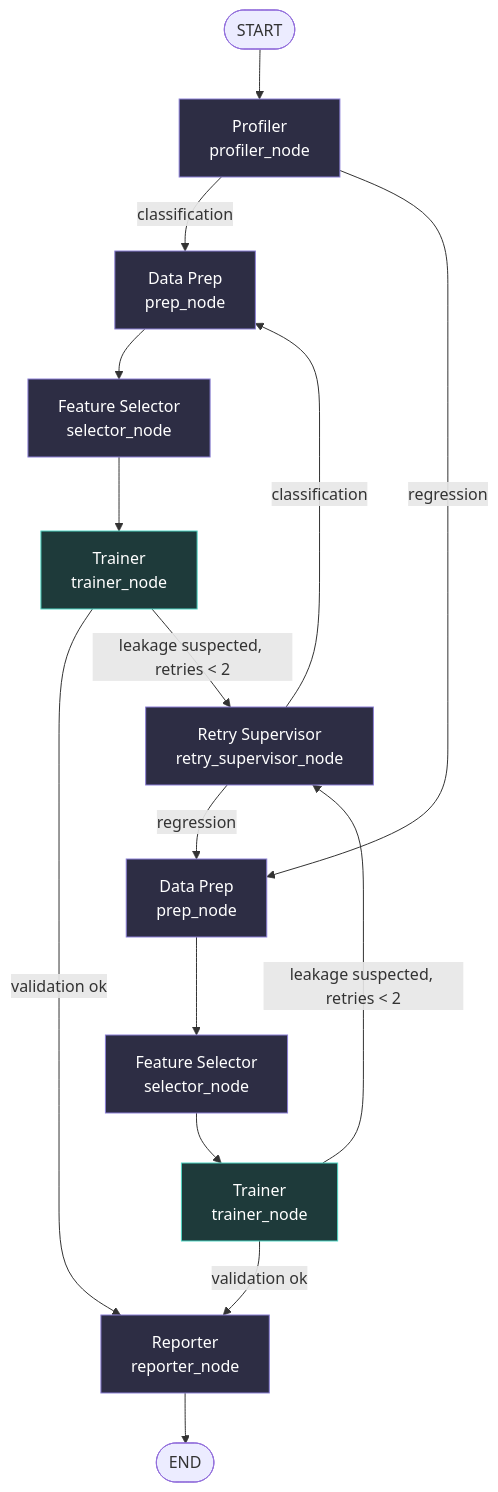
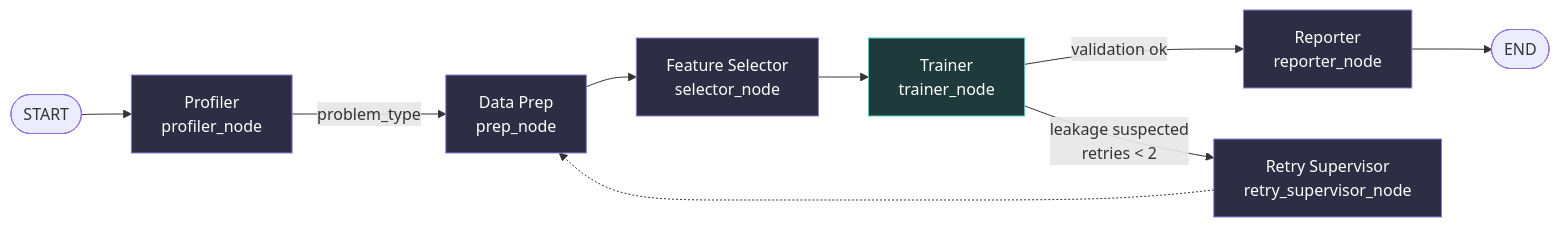
One commit to shivansh-magnus/nimbus changed the diagram in README.md. Above: the diagram before and after it, drawn with Mermaid. The commit also changed other lines of this file, not shown here.

Commit message:
Revise pipeline graph and clarify node relationshipsin in readme.md
Updated pipeline graph to reflect changes in node structure and clarified the relationship between classification and regression branches. - in readme.md

````diff
--- a/README.md
+++ b/README.md
@@ -73,22 +73,16 @@
 ```mermaid
-flowchart TD
+flowchart LR
     START([START]) --> P["Profiler<br/>profiler_node"]
-    P -- classification --> CP["Data Prep<br/>prep_node"]
-    P -- regression --> RP["Data Prep<br/>prep_node"]
-    CP --> CS["Feature Selector<br/>selector_node"]
-    RP --> RS["Feature Selector<br/>selector_node"]
-    CS --> CT["Trainer<br/>trainer_node"]
-    RS --> RT["Trainer<br/>trainer_node"]
-    CT -- validation ok --> REP["Reporter<br/>reporter_node"]
-    RT -- validation ok --> REP
-    CT -- "leakage suspected, retries < 2" --> SUP["Retry Supervisor<br/>retry_supervisor_node"]
-    RT -- "leakage suspected, retries < 2" --> SUP
-    SUP -- classification --> CP
-    SUP -- regression --> RP
+    P -- "problem_type" --> DP["Data Prep<br/>prep_node"]
+    DP --> FS["Feature Selector<br/>selector_node"]
+    FS --> TR["Trainer<br/>trainer_node"]
+    TR -- "validation ok" --> REP["Reporter<br/>reporter_node"]
+    TR -- "leakage suspected<br/>retries < 2" --> SUP["Retry Supervisor<br/>retry_supervisor_node"]
+    SUP -.-> DP
     REP --> END(["END"])
  
     classDef agentic fill:#2d2d44,stroke:#8b7fd6,color:#fff;
     classDef deterministic fill:#1e3a3a,stroke:#4fd6c4,color:#fff;
-    class P,CP,RP,CS,RS,SUP,REP agentic;
-    class CT,RT deterministic;
+    class P,DP,FS,SUP,REP agentic;
+    class TR deterministic;
 ```
````
